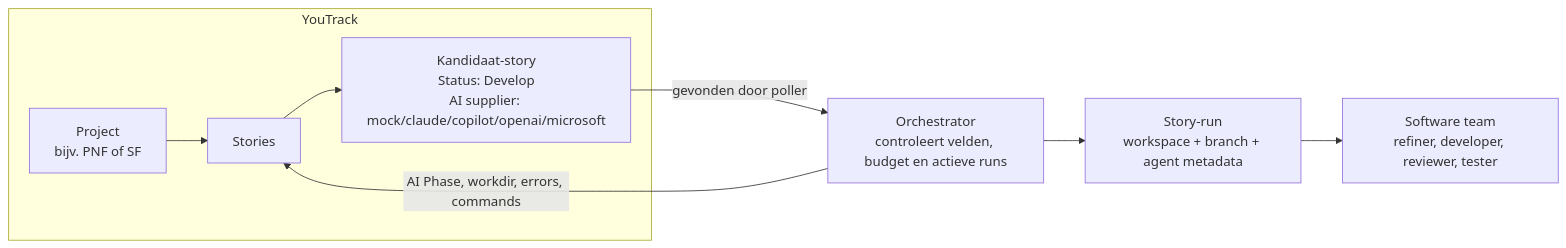
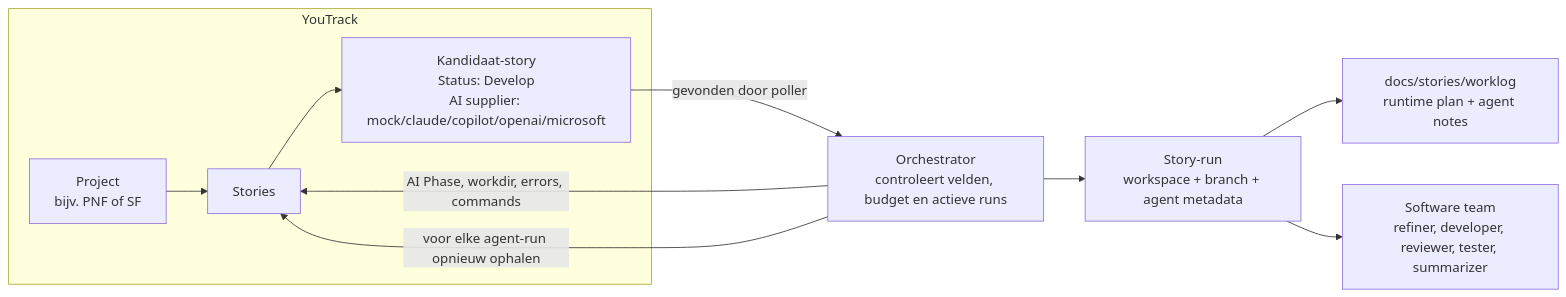
The first of 2 diagrams in README.md (robbertvdzon/software-factory), drawn with Mermaid before and after one commit. The commit also changed other lines of this file and 54 other files, not shown here.

````diff
--- a/README.md
+++ b/README.md
@@ -15,12 +15,14 @@
 ```mermaid
 flowchart LR
     subgraph YT["YouTrack"]
         PROJECT["Project<br/>bijv. PNF of SF"] --> STORIES["Stories"]
         STORIES --> CANDIDATE["Kandidaat-story<br/>Status: Develop<br/>AI supplier: mock/claude/copilot/openai/microsoft"]
     end
 
     CANDIDATE -->|"gevonden door poller"| ORCH["Orchestrator<br/>controleert velden, budget en actieve runs"]
     ORCH --> RUN["Story-run<br/>workspace + branch + agent metadata"]
-    RUN --> TEAM["Software team<br/>refiner, developer, reviewer, tester"]
+    RUN --> WORKLOG["docs/stories/worklog<br/>runtime plan + agent notes"]
+    RUN --> TEAM["Software team<br/>refiner, developer, reviewer, tester, summarizer"]
     ORCH -->|"AI Phase, workdir, errors, commands"| STORIES
+    ORCH -->|"voor elke agent-run opnieuw ophalen"| STORIES
 ```
````
